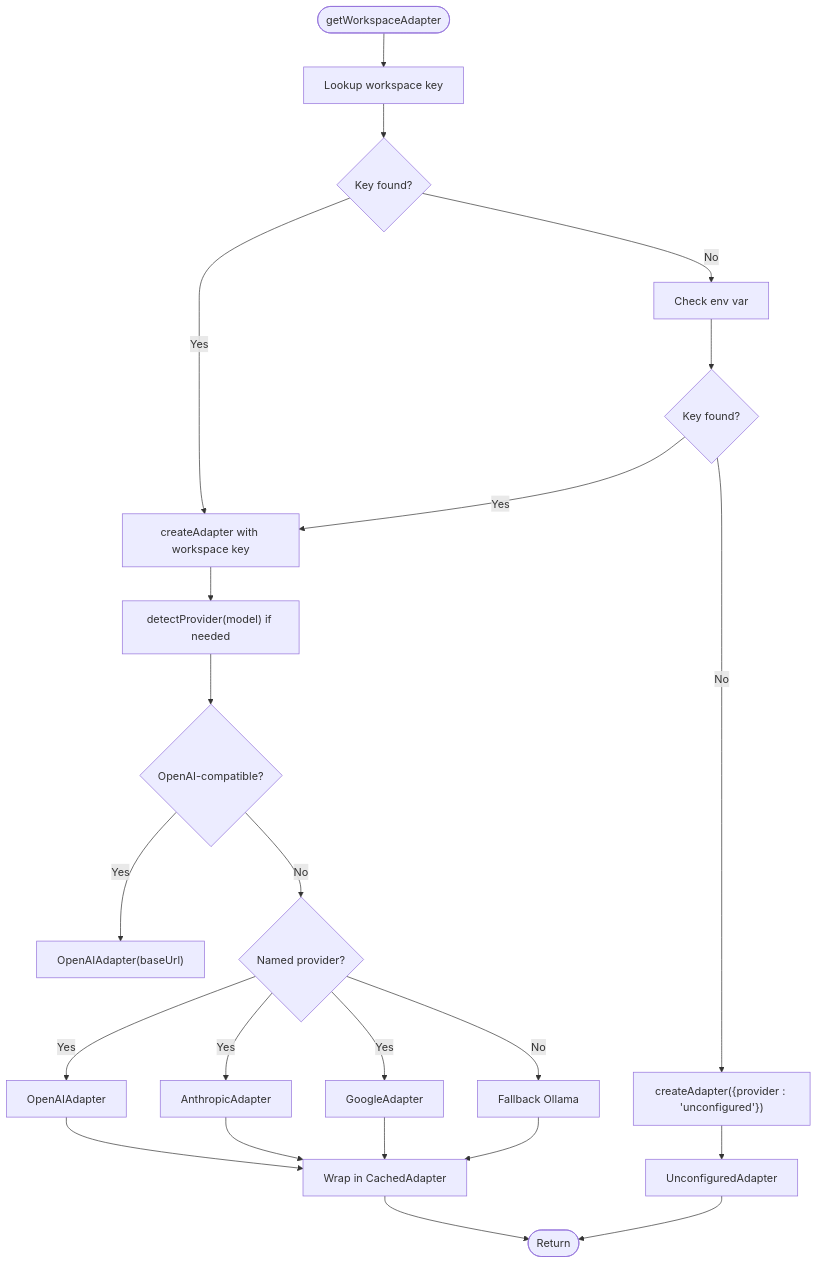
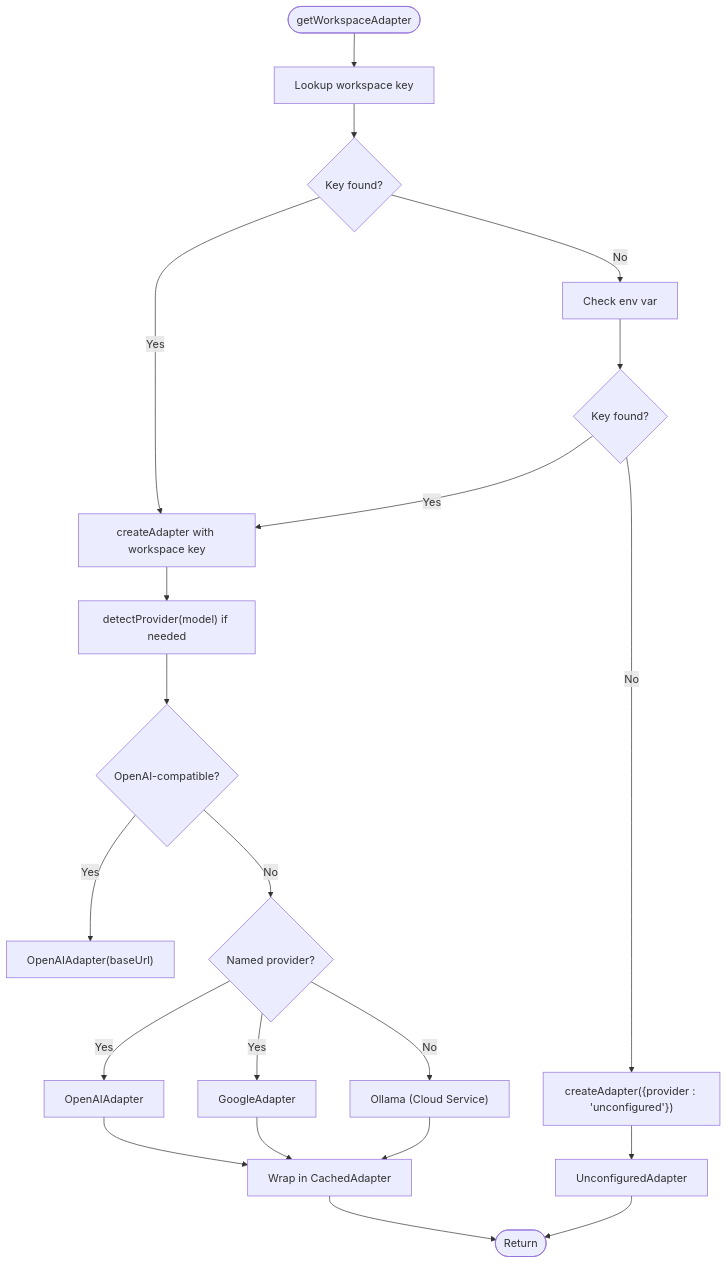
Before and after one commit to shekhargiri005-dotcom/AI-powered-accessibility-first-UI-engine: the fourth of 12 diagrams in .qoder/repowiki/en/content/Architecture & Design/Layered Architecture/Integration Layer/AI Provider Adapters.md, drawn with Mermaid. The commit also changed other lines of this file and 24 other files, not shown here.

````diff
--- a/.qoder/repowiki/en/content/Architecture & Design/Layered Architecture/Integration Layer/AI Provider Adapters.md
+++ b/.qoder/repowiki/en/content/Architecture & Design/Layered Architecture/Integration Layer/AI Provider Adapters.md
@@ -206,20 +202,19 @@
 ```mermaid
 flowchart TD
 Start(["getWorkspaceAdapter"]) --> WS["Lookup workspace key"]
 WS --> FoundWS{"Key found?"}
 FoundWS -- Yes --> Create["createAdapter with workspace key"]
 FoundWS -- No --> Env["Check env var"]
 Env --> FoundEnv{"Key found?"}
 FoundEnv -- Yes --> Create
 FoundEnv -- No --> Unconfigured["createAdapter({provider : 'unconfigured'})"]
 Create --> Detect["detectProvider(model) if needed"]
 Detect --> Compat{"OpenAI-compatible?"}
 Compat -- Yes --> OA["OpenAIAdapter(baseUrl)"]
 Compat -- No --> Named{"Named provider?"}
 Named -- Yes --> OA2["OpenAIAdapter"] --> Wrap["Wrap in CachedAdapter"]
-Named -- Yes --> AN["AnthropicAdapter"] --> Wrap
 Named -- Yes --> GOO["GoogleAdapter"] --> Wrap
-Named -- No --> OL["Fallback Ollama"] --> Wrap
+Named -- No --> OL["Ollama (Cloud Service)"] --> Wrap
 Unconfigured --> UC["UnconfiguredAdapter"] --> End(["Return"])
 Wrap --> End
 ```
````
